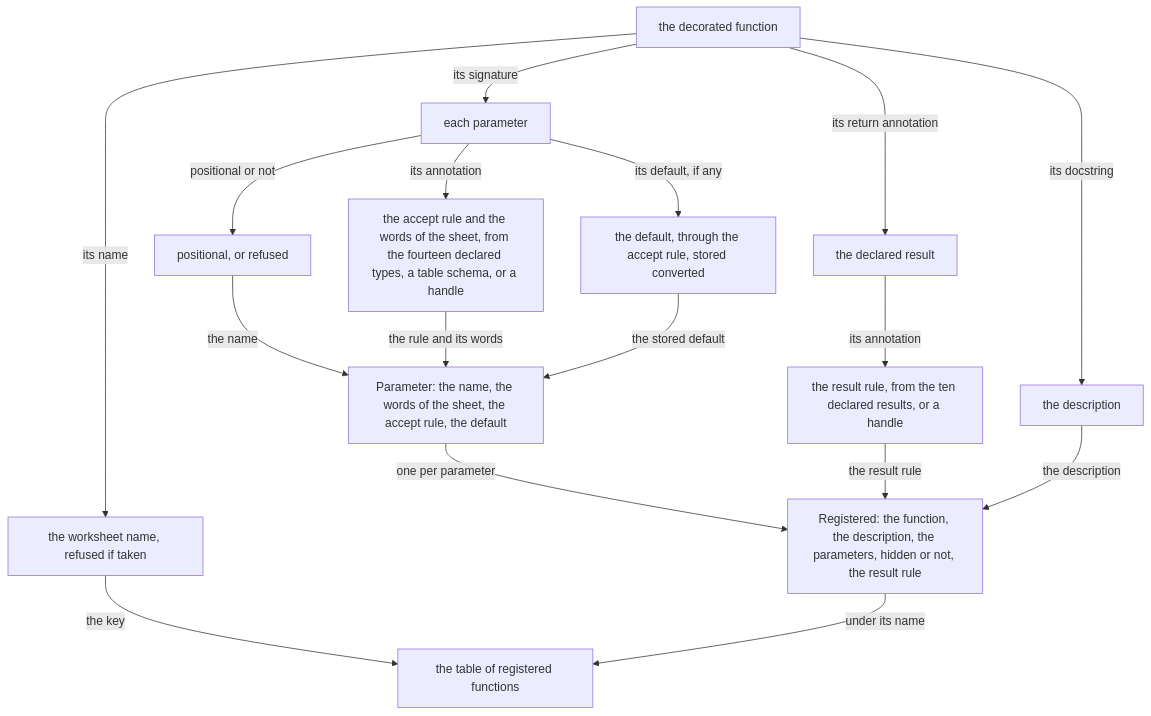
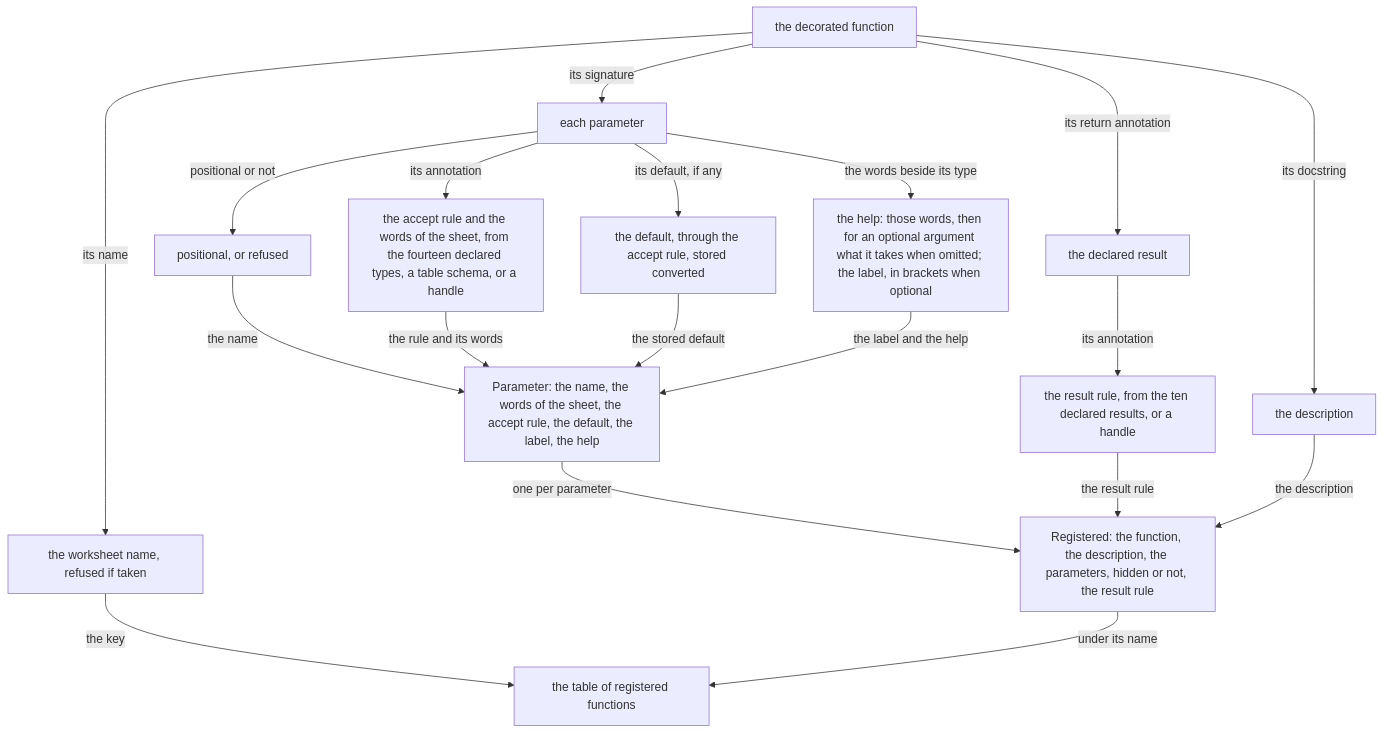
Before and after one commit to gobbles404/catalyst: the first of 3 diagrams in docs/seam/bridge.md, drawn with Mermaid. The commit also changed other lines of this file and 21 other files, not shown here.

Commit message:
feat(seam): the help beside each argument reaches Excel, with the display bundled (#55)

````diff
--- a/docs/seam/bridge.md
+++ b/docs/seam/bridge.md
@@ -55,19 +56,21 @@
 ```mermaid
 flowchart TD
   Fn["the decorated function"] -->|"its name"| Name["the worksheet name, refused if taken"]
   Fn -->|"its signature"| Param["each parameter"]
   Fn -->|"its return annotation"| Result["the declared result"]
   Fn -->|"its docstring"| Desc["the description"]
   Param -->|"positional or not"| Positional["positional, or refused"]
   Param -->|"its annotation"| Accept["the accept rule and the words of the sheet, from the fourteen declared types, a table schema, or a handle"]
   Param -->|"its default, if any"| Default["the default, through the accept rule, stored converted"]
+  Param -->|"the words beside its type"| Help["the help: those words, then for an optional argument what it takes when omitted; the label, in brackets when optional"]
   Result -->|"its annotation"| Convert["the result rule, from the ten declared results, or a handle"]
-  Positional -->|"the name"| Parameter["Parameter: the name, the words of the sheet, the accept rule, the default"]
+  Positional -->|"the name"| Parameter["Parameter: the name, the words of the sheet, the accept rule, the default, the label, the help"]
   Accept -->|"the rule and its words"| Parameter
   Default -->|"the stored default"| Parameter
+  Help -->|"the label and the help"| Parameter
   Parameter -->|"one per parameter"| Registered["Registered: the function, the description, the parameters, hidden or not, the result rule"]
   Convert -->|"the result rule"| Registered
   Desc -->|"the description"| Registered
   Name -->|"the key"| Table["the table of registered functions"]
   Registered -->|"under its name"| Table
 ```
````
